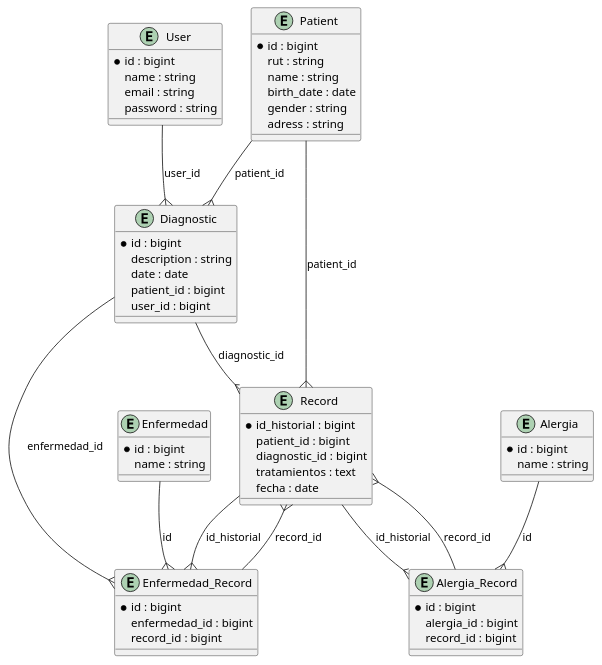
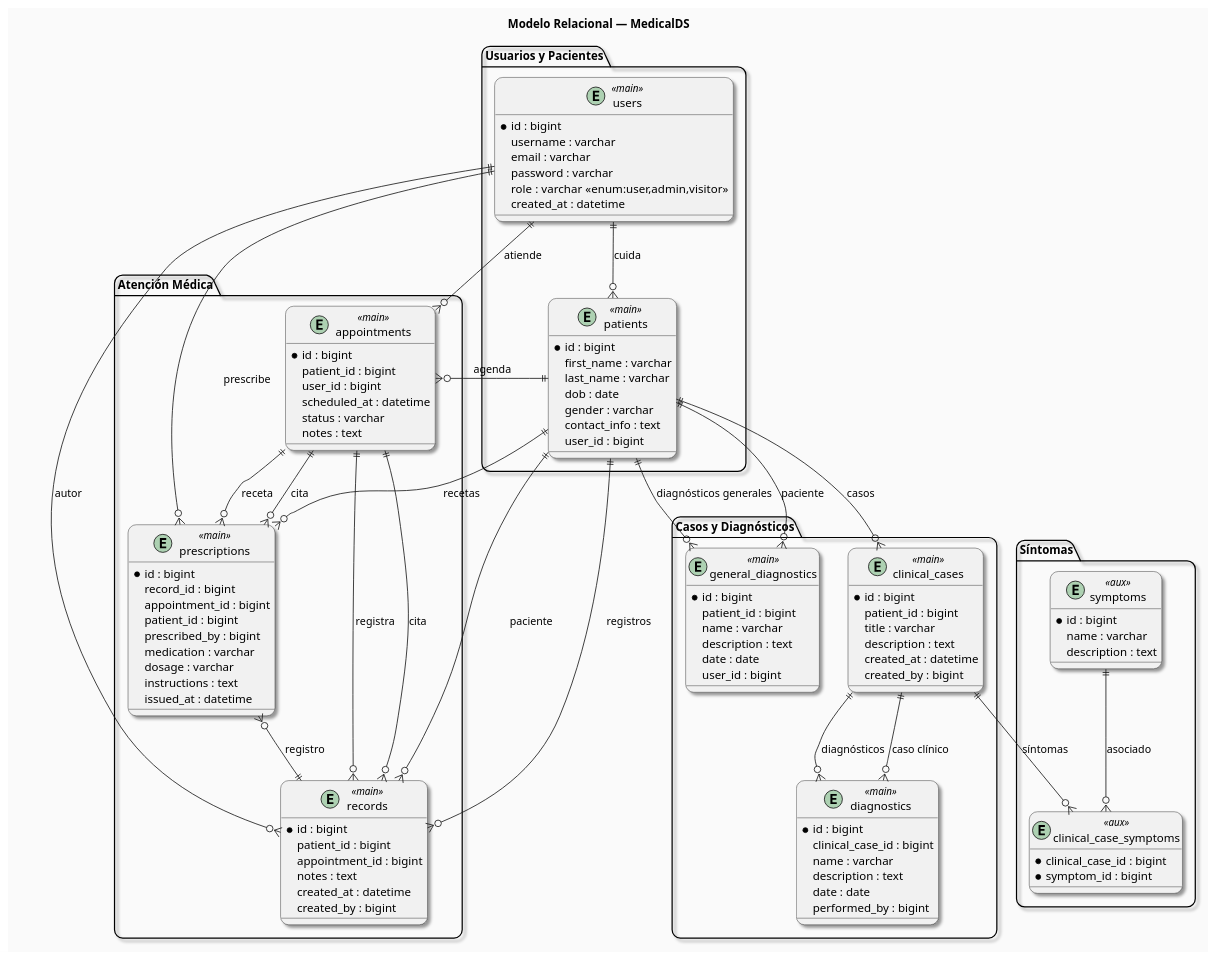
Before and after one commit to ignacioandresr/MedicalDS: the diagram in database_model.puml, drawn with PlantUML. The commit also changed other lines of this file and 3 other files, not shown here.

```diff
--- a/database_model.puml
+++ b/database_model.puml
@@ -1,69 +2,138 @@
-@startuml MedicalDS
+@startuml MedicalDS_Relational
+title Modelo Relacional — MedicalDS
+skinparam backgroundColor #FAFAFA
+skinparam entity {
+  BackgroundColor<<main>> #E3F2FD
+  BackgroundColor<<aux>> #FFF3E0
+  BorderColor #1976D2
+  FontSize 12
+  FontColor #333
+}
+skinparam roundcorner 20
+skinparam shadowing true
 
-entity "User" as user {
-  *id : bigint
-  name : string
-  email : string
-  password : string
+' Agrupación visual
+package "Usuarios y Pacientes" {
+  entity "users" as users <<main>> {
+    *id : bigint
+    username : varchar
+    email : varchar
+    password : varchar
+    role : varchar <<enum:user,admin,visitor>>
+    created_at : datetime
+  }
+  entity "patients" as patients <<main>> {
+    *id : bigint
+    first_name : varchar
+    last_name : varchar
+    dob : date
+    gender : varchar
+    contact_info : text
+    user_id : bigint
+  }
 }
 
-entity "Patient" as patient {
-  *id : bigint
-  rut : string
-  name : string
-  birth_date : date
-  gender : string
-  adress : string
+package "Atención Médica" {
+  entity "appointments" as appointments <<main>> {
+    *id : bigint
+    patient_id : bigint
+    user_id : bigint
+    scheduled_at : datetime
+    status : varchar
+    notes : text
+  }
+  entity "records" as records <<main>> {
+    *id : bigint
+    patient_id : bigint
+    appointment_id : bigint
+    notes : text
+    created_at : datetime
+    created_by : bigint
+  }
+  entity "prescriptions" as prescriptions <<main>> {
+    *id : bigint
+    record_id : bigint
+    appointment_id : bigint
+    patient_id : bigint
+    prescribed_by : bigint
+    medication : varchar
+    dosage : varchar
+    instructions : text
+    issued_at : datetime
+  }
 }
 
-entity "Diagnostic" as diagnostic {
-  *id : bigint
-  description : string
-  date : date
-  patient_id : bigint
-  user_id : bigint
+package "Casos y Diagnósticos" {
+  entity "clinical_cases" as clinical_cases <<main>> {
+    *id : bigint
+    patient_id : bigint
+    title : varchar
+    description : text
+    created_at : datetime
+    created_by : bigint
+  }
+  entity "diagnostics" as diagnostics <<main>> {
+    *id : bigint
+    clinical_case_id : bigint
+    name : varchar
+    description : text
+    date : date
+    performed_by : bigint
+  }
+  entity "general_diagnostics" as general_diagnostics <<main>> {
+    *id : bigint
+    patient_id : bigint
+    name : varchar
+    description : text
+    date : date
+    user_id : bigint
+  }
 }
 
-entity "Record" as record {
-  *id_historial : bigint
-  patient_id : bigint
-  diagnostic_id : bigint
-  tratamientos : text
-  fecha : date
+package "Síntomas" {
+  entity "symptoms" as symptoms <<aux>> {
+    *id : bigint
+    name : varchar
+    description : text
+  }
+  entity "clinical_case_symptoms" as clinical_case_symptoms <<aux>> {
+    *clinical_case_id : bigint
+    *symptom_id : bigint
+  }
 }
 
-entity "Enfermedad" as enfermedad {
-  *id : bigint
-  name : string
-}
+' Relaciones principales
+users ||--o{ patients : "cuida"
+users ||--o{ appointments : "atiende"
+users ||--o{ records : "autor"
+users ||--o{ prescriptions : "prescribe"
 
-entity "Alergia" as alergia {
-  *id : bigint
-  name : string
-}
+patients ||--o{ appointments : "agenda"
+patients ||--o{ clinical_cases : "casos"
+patients ||--o{ general_diagnostics : "diagnósticos generales"
+patients ||--o{ records : "registros"
+patients ||--o{ prescriptions : "recetas"
 
-entity "Enfermedad_Record" as enfermedad_record {
-  *id : bigint
-  enfermedad_id : bigint
-  record_id : bigint
-}
+appointments ||--o{ records : "registra"
+appointments ||--o{ prescriptions : "receta"
 
-entity "Alergia_Record" as alergia_record {
-  *id : bigint
-  alergia_id : bigint
-  record_id : bigint
-}
+clinical_cases ||--o{ diagnostics : "diagnósticos"
+clinical_cases ||--o{ clinical_case_symptoms : "síntomas"
+symptoms ||--o{ clinical_case_symptoms : "asociado"
 
-user --{ diagnostic : user_id
-patient --{ diagnostic : patient_id
-patient --{ record : patient_id
-diagnostic --{ record : diagnostic_id
-record --{ enfermedad_record : id_historial
-record --{ alergia_record : id_historial
-enfermedad --{ enfermedad_record : id
-diagnostic --{ enfermedad_record : enfermedad_id
-alergia --{ alergia_record : id
-alergia_record --{ record : record_id
-enfermedad_record --{ record : record_id
+diagnostics }o--|| clinical_cases : "caso clínico"
+general_diagnostics }o--|| patients : "paciente"
+records }o--|| patients : "paciente"
+records }o--|| appointments : "cita"
+prescriptions }o--|| records : "registro"
+prescriptions }o--|| appointments : "cita"
+
+' Separadores visuales
+/'
+  Usuarios y Pacientes
+  Atención Médica
+  Casos y Diagnósticos
+  Síntomas
+'/
 
 @enduml
```
